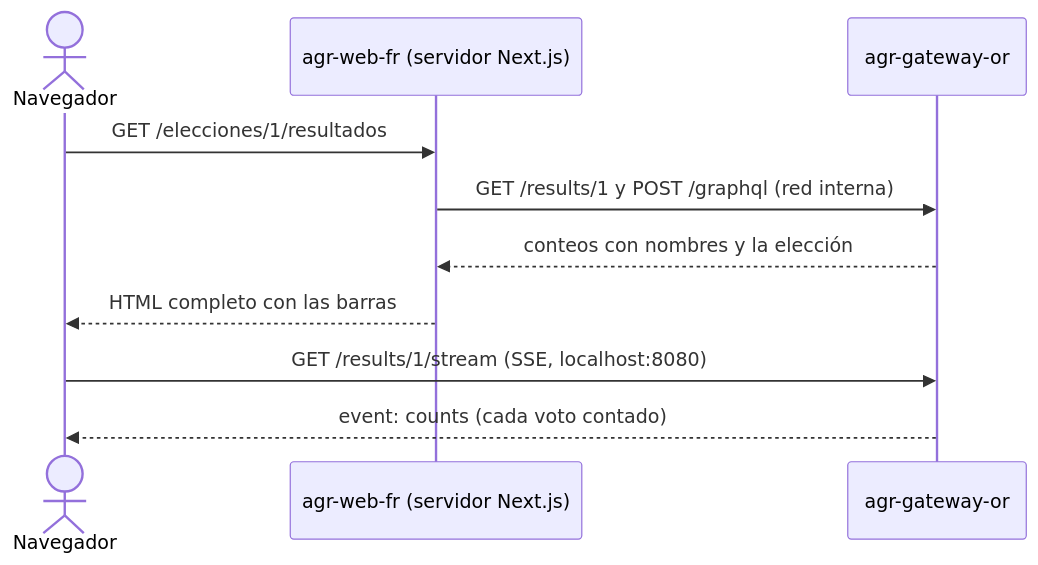
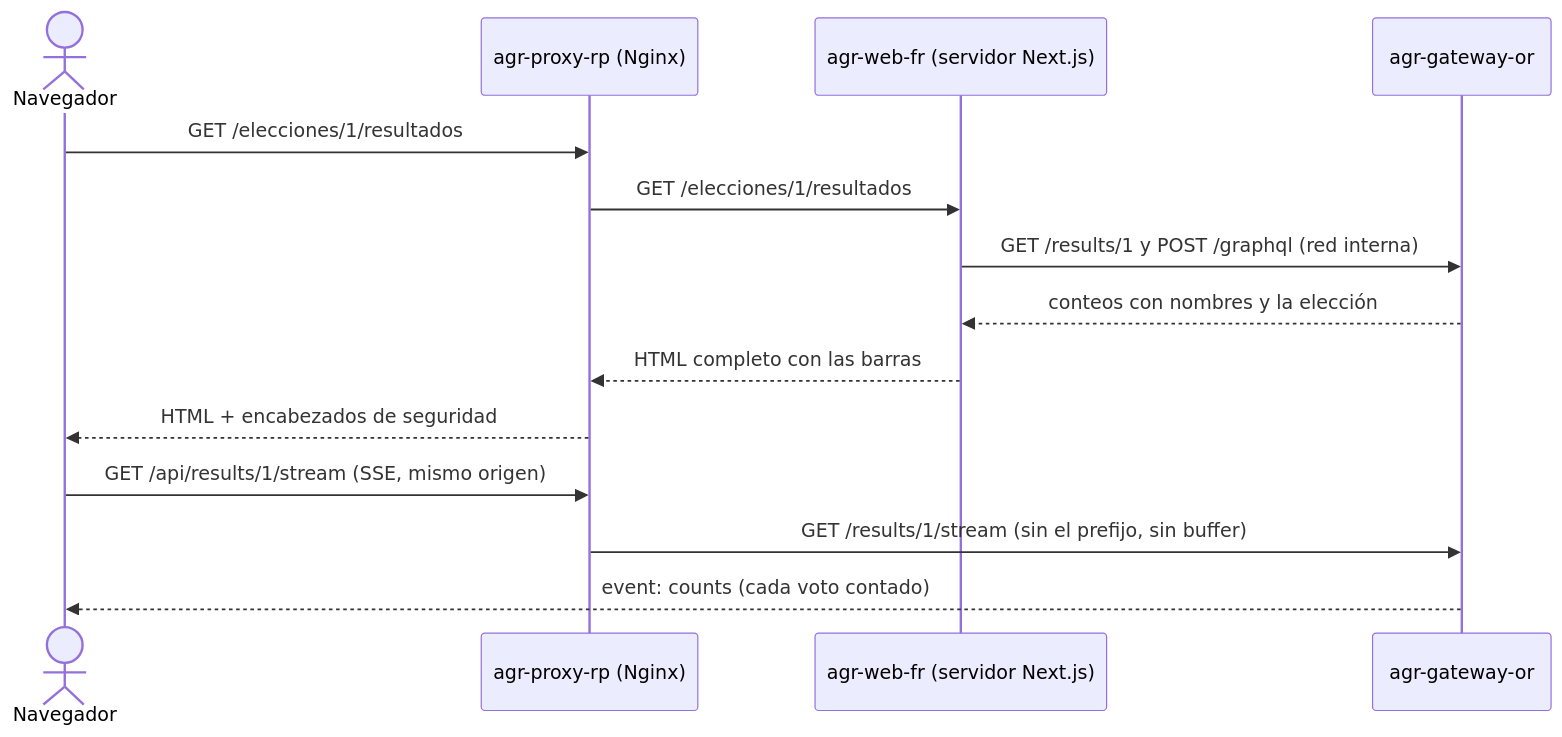
One commit to Cam152/ArquiSoft changed the diagram in agr-web-fr/README.md. Above: the diagram before and after it, drawn with Mermaid. The commit also changed other lines of this file and 17 other files, not shown here.

Commit message:
S2: agr-proxy-rp como unico punto de entrada; login, voto y SSE por /api

````diff
--- a/agr-web-fr/README.md
+++ b/agr-web-fr/README.md
@@ -9,12 +10,16 @@
 ```mermaid
 sequenceDiagram
   actor V as Navegador
+  participant P as agr-proxy-rp (Nginx)
   participant W as agr-web-fr (servidor Next.js)
   participant G as agr-gateway-or
-  V->>W: GET /elecciones/1/resultados
+  V->>P: GET /elecciones/1/resultados
+  P->>W: GET /elecciones/1/resultados
   W->>G: GET /results/1 y POST /graphql (red interna)
   G-->>W: conteos con nombres y la elección
-  W-->>V: HTML completo con las barras
-  V->>G: GET /results/1/stream (SSE, localhost:8080)
+  W-->>P: HTML completo con las barras
+  P-->>V: HTML + encabezados de seguridad
+  V->>P: GET /api/results/1/stream (SSE, mismo origen)
+  P->>G: GET /results/1/stream (sin el prefijo, sin buffer)
   G-->>V: event: counts (cada voto contado)
 ```
````
